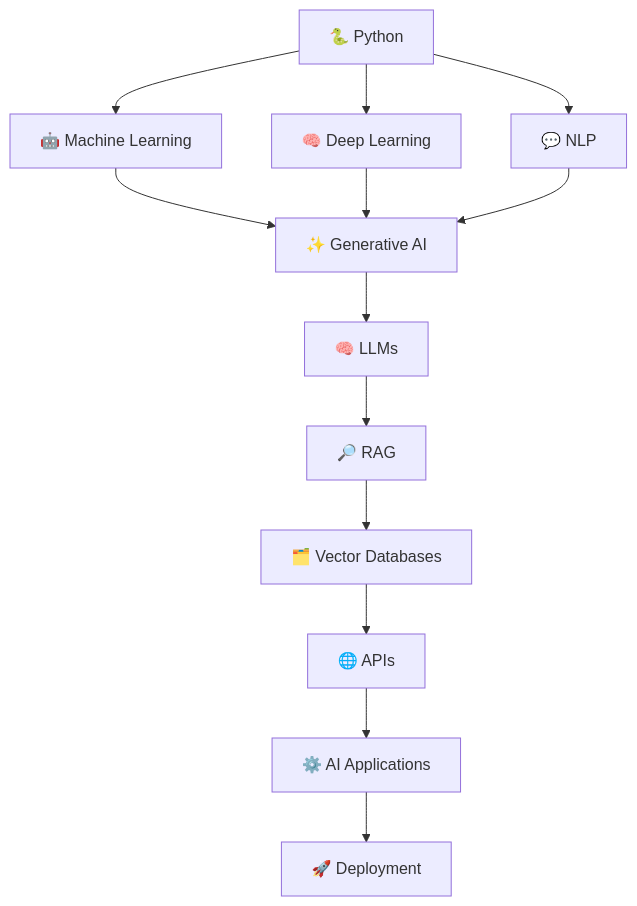
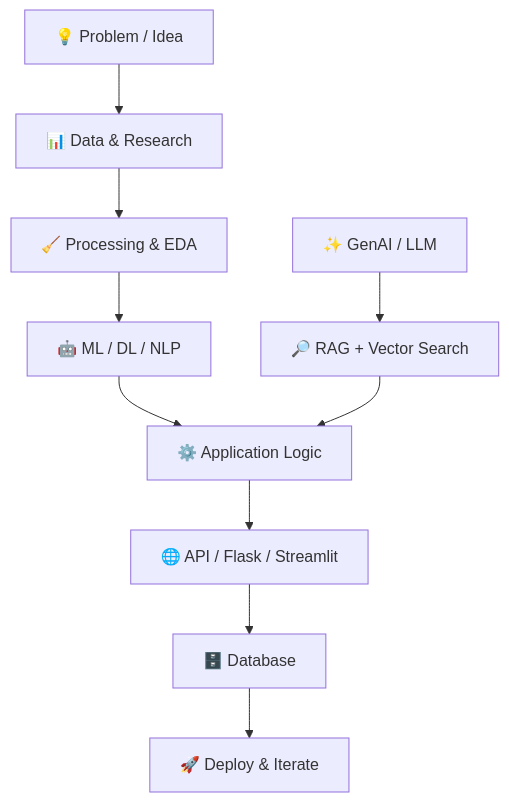
The second of 2 diagrams in README.md (Bhavesh950/Bhavesh950), drawn with Mermaid before and after one commit. The commit also changed other lines of this file, not shown here.

````diff
--- a/README.md
+++ b/README.md
@@ -356,34 +550,26 @@
 ```mermaid
-graph TD
+flowchart TB
 
-    PY["🐍 Python"]
+    A["💡 Problem / Idea"]
 
-    ML["🤖 Machine Learning"]
-    DL["🧠 Deep Learning"]
-    NLP["💬 NLP"]
+    B["📊 Data & Research"]
+    C["🧹 Processing & EDA"]
+    D["🤖 ML / DL / NLP"]
+    E["✨ GenAI / LLM"]
 
-    GEN["✨ Generative AI"]
-    LLM["🧠 LLMs"]
-    RAG["🔎 RAG"]
-    VECTOR["🗂️ Vector Databases"]
+    F["🔎 RAG + Vector Search"]
+    G["⚙️ Application Logic"]
+    H["🌐 API / Flask / Streamlit"]
+    I["🗄️ Database"]
+    J["🚀 Deploy & Iterate"]
 
-    API["🌐 APIs"]
-    APP["⚙️ AI Applications"]
-    DEPLOY["🚀 Deployment"]
-
-    PY --> ML
-    PY --> DL
-    PY --> NLP
-
-    ML --> GEN
-    DL --> GEN
-    NLP --> GEN
-
-    GEN --> LLM
-    LLM --> RAG
-    RAG --> VECTOR
-
-    VECTOR --> API
-    API --> APP
-    APP --> DEPLOY
+    A --> B
+    B --> C
+    C --> D
+    D --> G
+    E --> F
+    F --> G
+    G --> H
+    H --> I
+    I --> J
 ```
````
